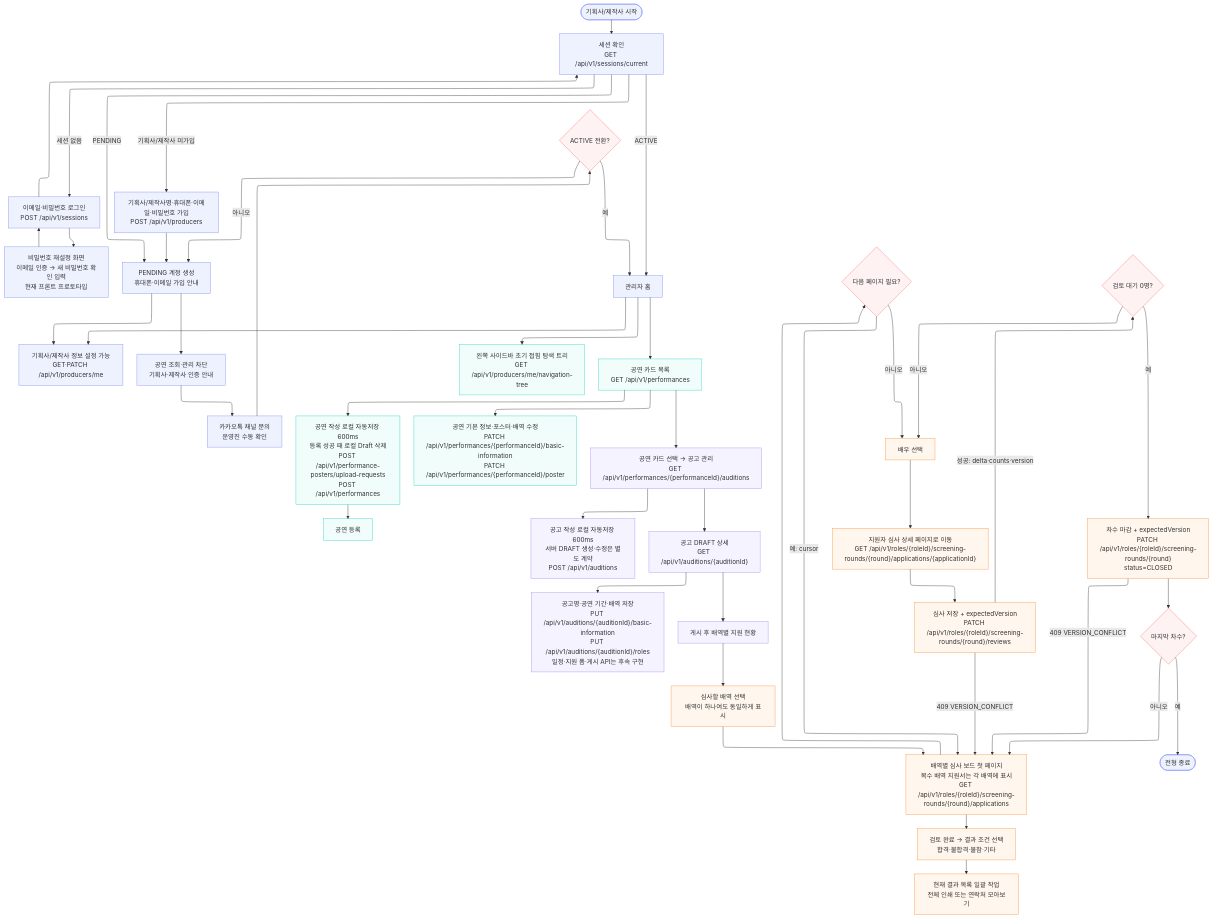
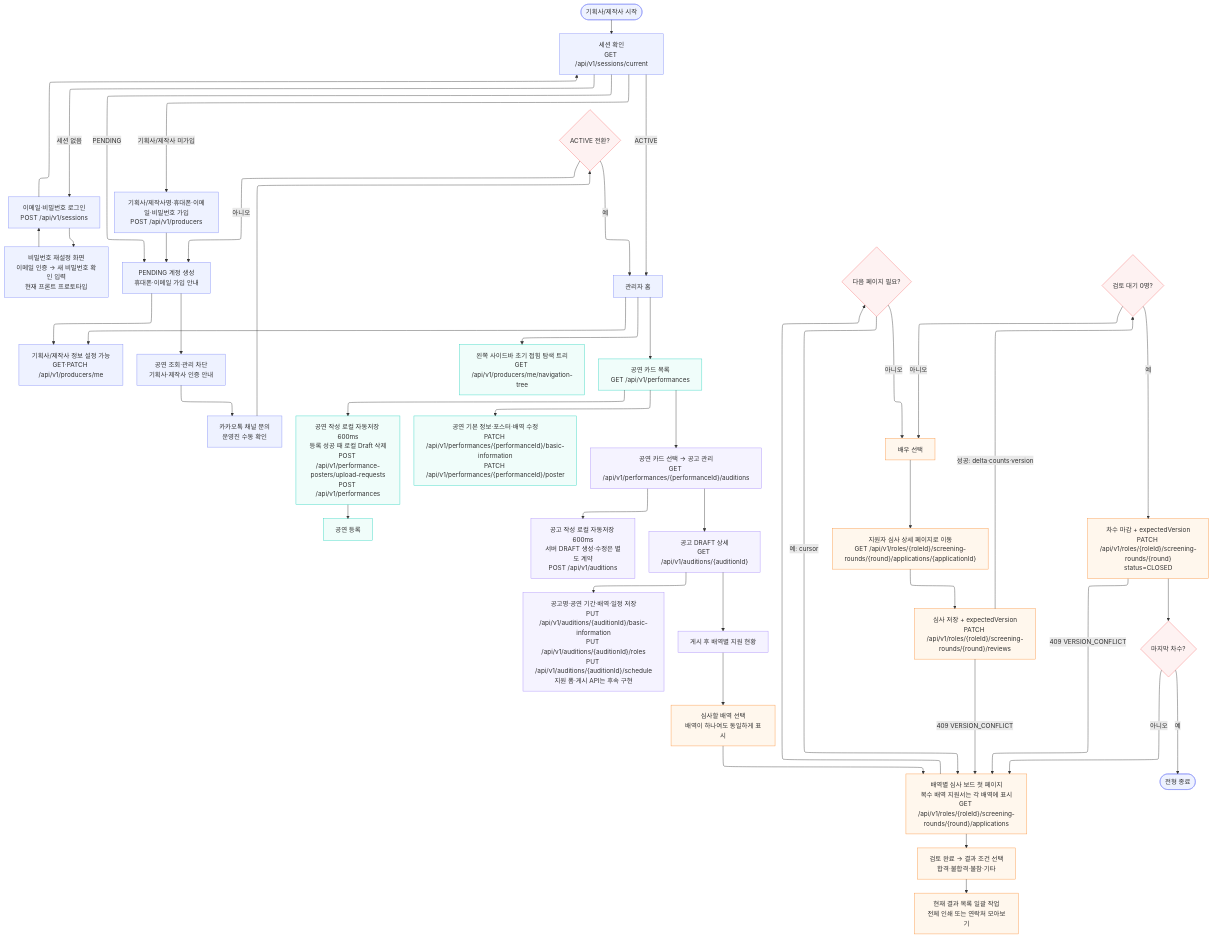
One commit to woowacourse-teams/2026-yesulin changed the diagram in docs/development/flows/producer.mmd. Above: the diagram before and after it, drawn with Mermaid. The commit also changed 24 other files, not shown here.

```diff
--- a/docs/development/flows/producer.mmd
+++ b/docs/development/flows/producer.mmd
@@ -1,53 +1,53 @@
 ---
 config:
   layout: elk
 ---
 flowchart TB
     START(["기획사/제작사 시작"]) --> SESSION["세션 확인<br>GET /api/v1/sessions/current"]
     SESSION -- 세션 없음 --> LOGIN["이메일·비밀번호 로그인<br>POST /api/v1/sessions"]
     LOGIN --> PASSWORD_RESET["비밀번호 재설정 화면<br>이메일 인증 → 새 비밀번호 확인 입력<br>현재 프론트 프로토타입"]
     PASSWORD_RESET --> LOGIN
     LOGIN --> SESSION
     SESSION -- 기획사/제작사 미가입 --> SIGNUP["기획사/제작사명·휴대폰·이메일·비밀번호 가입<br>POST /api/v1/producers"]
     SIGNUP --> PENDING["PENDING 계정 생성<br>휴대폰·이메일 가입 안내"]
     SESSION -- PENDING --> PENDING
     PENDING --> PROFILE["기획사/제작사 정보 설정 가능<br>GET·PATCH /api/v1/producers/me"]
     PENDING --> BLOCKED["공연 조회·관리 차단<br>기획사·제작사 인증 안내"]
     BLOCKED --> CONTACT["카카오톡 채널 문의<br>운영진 수동 확인"]
     CONTACT --> ACTIVE{"ACTIVE 전환?"}
     ACTIVE -- 아니오 --> PENDING
     ACTIVE -- 예 --> HOME["관리자 홈"]
     SESSION -- ACTIVE --> HOME
     HOME --> NAV["왼쪽 사이드바 초기 접힘 탐색 트리<br>GET /api/v1/producers/me/navigation-tree"] & PROFILE & PERF["공연 카드 목록<br>GET /api/v1/performances"]
     PERF --> NEW_PERF["공연 작성 로컬 자동저장 600ms<br>등록 성공 때 로컬 Draft 삭제<br>POST /api/v1/performance-posters/upload-requests<br>POST /api/v1/performances"] & EDIT_PERF["공연 기본 정보·포스터·배역 수정<br>PATCH /api/v1/performances/{performanceId}/basic-information<br>PATCH /api/v1/performances/{performanceId}/poster"] & POSTINGS["공연 카드 선택 → 공고 관리<br>GET /api/v1/performances/{performanceId}/auditions"]
     NEW_PERF --> CREATE_PERF["공연 등록"]
     POSTINGS --> CREATE_POSTING["공고 작성 로컬 자동저장 600ms<br>서버 DRAFT 생성·수정은 별도 계약<br>POST /api/v1/auditions"] & POSTING_DETAIL["공고 DRAFT 상세<br>GET /api/v1/auditions/{auditionId}"]
-    POSTING_DETAIL --> EDIT_POSTING["공고명·공연 기간·배역 저장<br>PUT /api/v1/auditions/{auditionId}/basic-information<br>PUT /api/v1/auditions/{auditionId}/roles<br>일정·지원 폼·게시 API는 후속 구현"] & ROLES["게시 후 배역별 지원 현황"]
+    POSTING_DETAIL --> EDIT_POSTING["공고명·공연 기간·배역·일정 저장<br>PUT /api/v1/auditions/{auditionId}/basic-information<br>PUT /api/v1/auditions/{auditionId}/roles<br>PUT /api/v1/auditions/{auditionId}/schedule<br>지원 폼·게시 API는 후속 구현"] & ROLES["게시 후 배역별 지원 현황"]
     ROLES --> CHOOSE_ROLE["심사할 배역 선택<br>배역이 하나여도 동일하게 표시"]
     CHOOSE_ROLE --> BOARD["배역별 심사 보드 첫 페이지<br>복수 배역 지원서는 각 배역에 표시<br>GET /api/v1/roles/{roleId}/screening-rounds/{round}/applications"]
     BOARD --> RESULT_FILTER["검토 완료 → 결과 조건 선택<br>합격·불합격·불참·기타"]
     RESULT_FILTER --> GROUP_ACTION["현재 결과 목록 일괄 작업<br>전체 인쇄 또는 연락처 모아보기"]
     BOARD --> MORE{"다음 페이지 필요?"}
     MORE -- 예: cursor --> BOARD
     MORE -- 아니오 --> SELECT["배우 선택"]
     SELECT --> APP_DETAIL["지원자 심사 상세 페이지로 이동<br>GET /api/v1/roles/{roleId}/screening-rounds/{round}/applications/{applicationId}"]
     APP_DETAIL --> REVIEW["심사 저장 + expectedVersion<br>PATCH /api/v1/roles/{roleId}/screening-rounds/{round}/reviews"]
     REVIEW -- 409 VERSION_CONFLICT --> BOARD
     REVIEW -- 성공: delta·counts·version --> DONE{"검토 대기 0명?"}
     DONE -- 아니오 --> SELECT
     DONE -- 예 --> CLOSE["차수 마감 + expectedVersion<br>PATCH /api/v1/roles/{roleId}/screening-rounds/{round}<br>status=CLOSED"]
     CLOSE -- 409 VERSION_CONFLICT --> BOARD
     CLOSE --> LAST{"마지막 차수?"}
     LAST -- 아니오 --> BOARD
     LAST -- 예 --> FINISH(["전형 종료"])
 
     classDef authNode stroke:#818cf8,fill:#eef2ff
     classDef perfNode stroke:#2dd4bf,fill:#f0fdfa
     classDef postingNode stroke:#a78bfa,fill:#f5f3ff
     classDef screeningNode stroke:#fb923c,fill:#fff7ed
     classDef decisionNode stroke:#f87171,fill:#fef2f2
     class START,SESSION,LOGIN,PASSWORD_RESET,SIGNUP,PENDING,PROFILE,BLOCKED,CONTACT,HOME,FINISH authNode
     class ACTIVE,MORE,DONE,LAST decisionNode
     class NAV,PERF,NEW_PERF,EDIT_PERF,CREATE_PERF perfNode
     class POSTINGS,CREATE_POSTING,POSTING_DETAIL,EDIT_POSTING,ROLES postingNode
     class BOARD,CHOOSE_ROLE,RESULT_FILTER,GROUP_ACTION,SELECT,APP_DETAIL,REVIEW,CLOSE screeningNode
```
